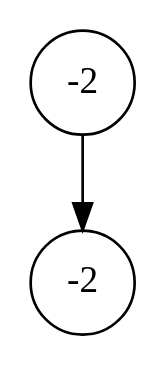
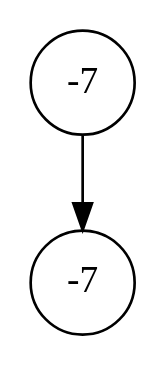
Before and after one commit to Deffo0/Connect-4: the diagram in Resources/MinmaxTree.dot, drawn with Graphviz. The commit also changed 9 other files, not shown here.

```diff
--- a/Resources/MinmaxTree.dot
+++ b/Resources/MinmaxTree.dot
@@ -1,6 +1,6 @@
 digraph tree {
-	"2339483303120" [label="-2", shape=circle]
-	"2339483303552" [label="-2", shape=circle]
+	"140122279842848" [label="-7", shape=circle]
+	"140122279839440" [label="-7", shape=circle]
 
-	"2339483303120" -> "2339483303552"
+	"140122279842848" -> "140122279839440"
 }
```
